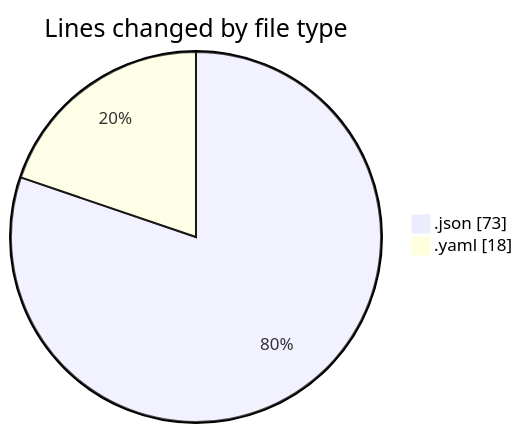
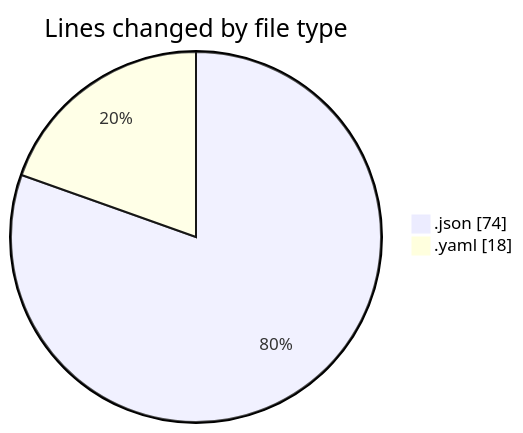
The first of 2 diagrams in 2025-08-15/alpha/README.md (FelipKnott/code-tracking), drawn with Mermaid before and after one commit. The commit also changed other lines of this file and 1 other file, not shown here.

````diff
--- a/2025-08-15/alpha/README.md
+++ b/2025-08-15/alpha/README.md
@@ -21,6 +21,6 @@
 ```mermaid
 pie showData
 title Lines changed by file type
-".json" : 73
+".json" : 74
 ".yaml" : 18
 ```
````
